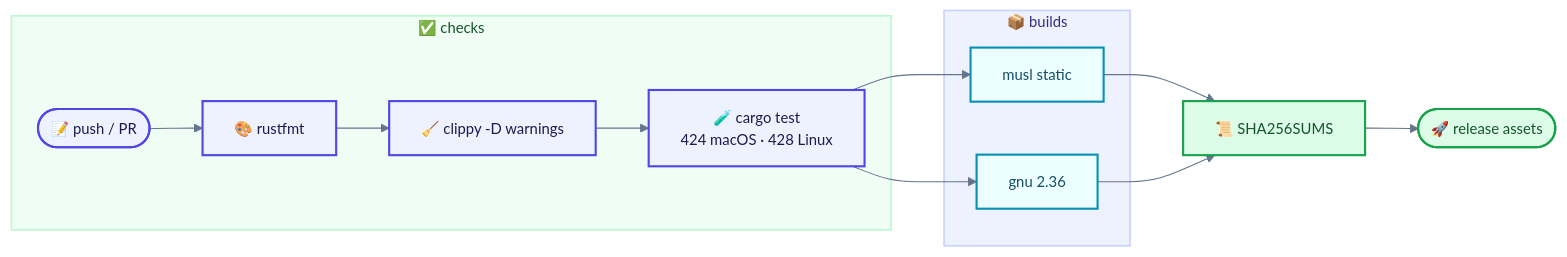
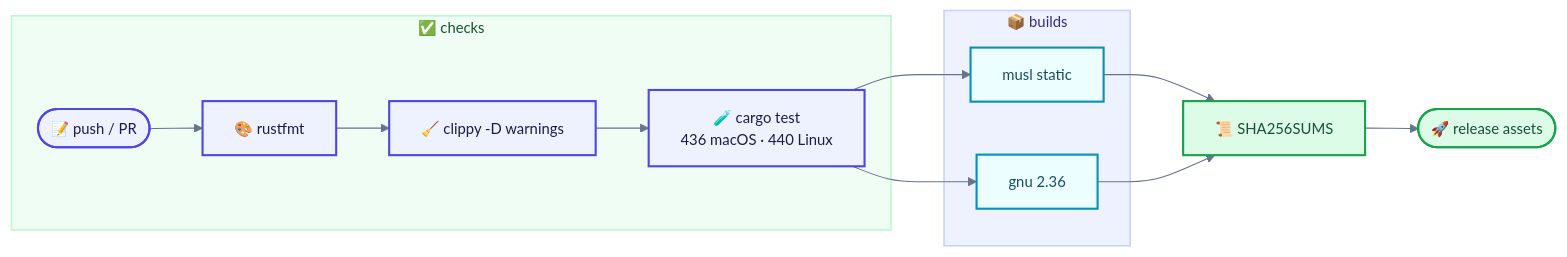
Before and after one commit to Terutoki/MyQUIC2: diagram 25 of 25 in README.md, drawn with Mermaid. The commit also changed other lines of this file and 24 other files, not shown here.

````diff
--- a/README.md
+++ b/README.md
@@ -1140,32 +1591,32 @@
 ```mermaid
 %%{init: {"theme":"base","themeVariables":{"fontSize":"14px","lineColor":"#64748b"}}}%%
 flowchart LR
 subgraph CHECK["✅ checks"]
         C(["📝 push / PR"]) --> F["🎨 rustfmt"]
         F --> L["🧹 clippy -D warnings"]
-        L --> T["🧪 cargo test<br/>424 macOS · 428 Linux"]
+        L --> T["🧪 cargo test<br/>436 macOS · 440 Linux"]
     end
     subgraph BUILD["📦 builds"]
         M["musl static"]
         G["gnu 2.36"]
     end
     T --> M
     T --> G
     M --> A["📜 SHA256SUMS"]
     G --> A
     A --> R(["🚀 release assets"])
     class C,F,L,T coreC
     class M,G wireC
     class A,R clientC
     style CHECK fill:#f0fdf4,stroke:#bbf7d0,stroke-width:1.5px,color:#14532d
     style BUILD fill:#eef2ff,stroke:#c7d2fe,stroke-width:1.5px,color:#312e81
 
     classDef clientC fill:#dcfce7,stroke:#16a34a,stroke-width:2px,color:#14532d
     classDef coreC fill:#eef2ff,stroke:#4f46e5,stroke-width:2px,color:#1e1b4b
     classDef wireC fill:#ecfeff,stroke:#0891b2,stroke-width:2px,color:#164e63
     classDef warmC fill:#fff7ed,stroke:#fb923c,stroke-width:2px,color:#7c2d12
     classDef dangerC fill:#fff1f2,stroke:#e11d48,stroke-width:2px,color:#881337
     classDef muteC fill:#f8fafc,stroke:#cbd5e1,color:#475569
     classDef noteC fill:#e0e7ff,stroke:#8b5cf6,stroke-width:1.5px,color:#312e81
     classDef decisionC fill:#fef9c3,stroke:#eab308,stroke-width:2px,color:#713f12
 ```
````
